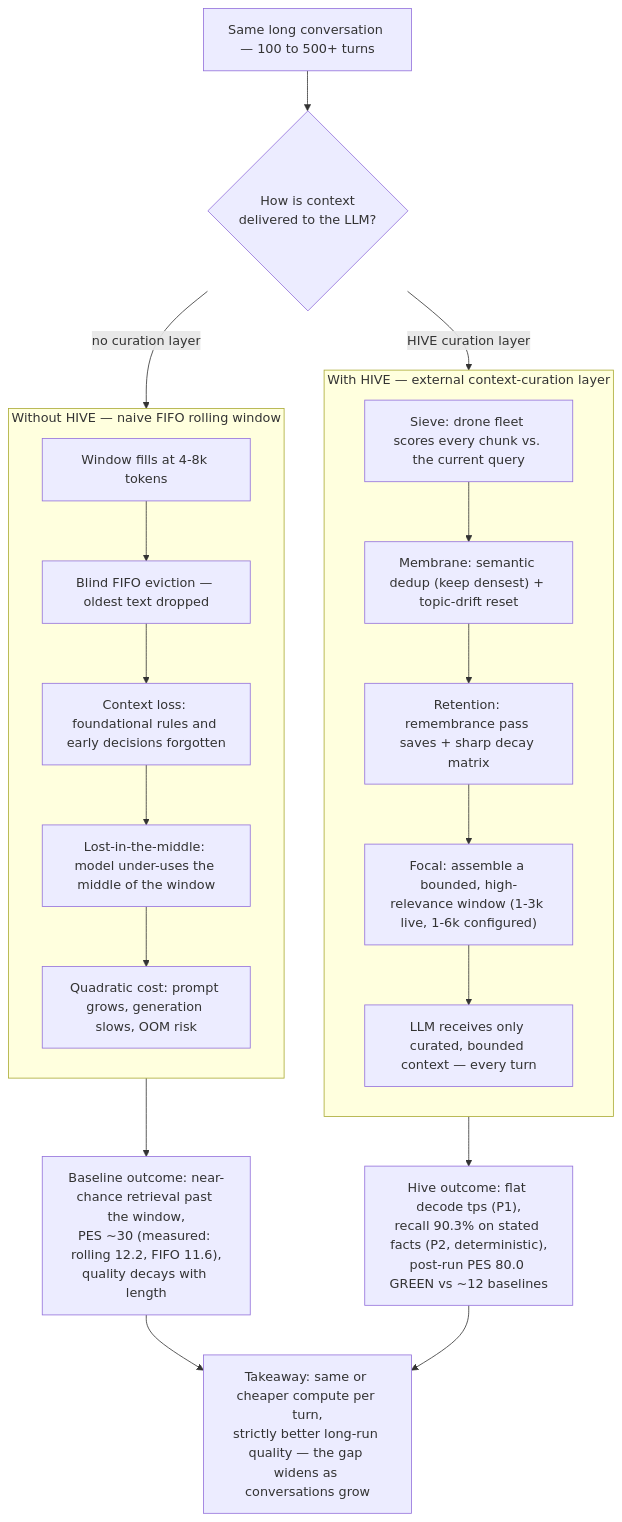
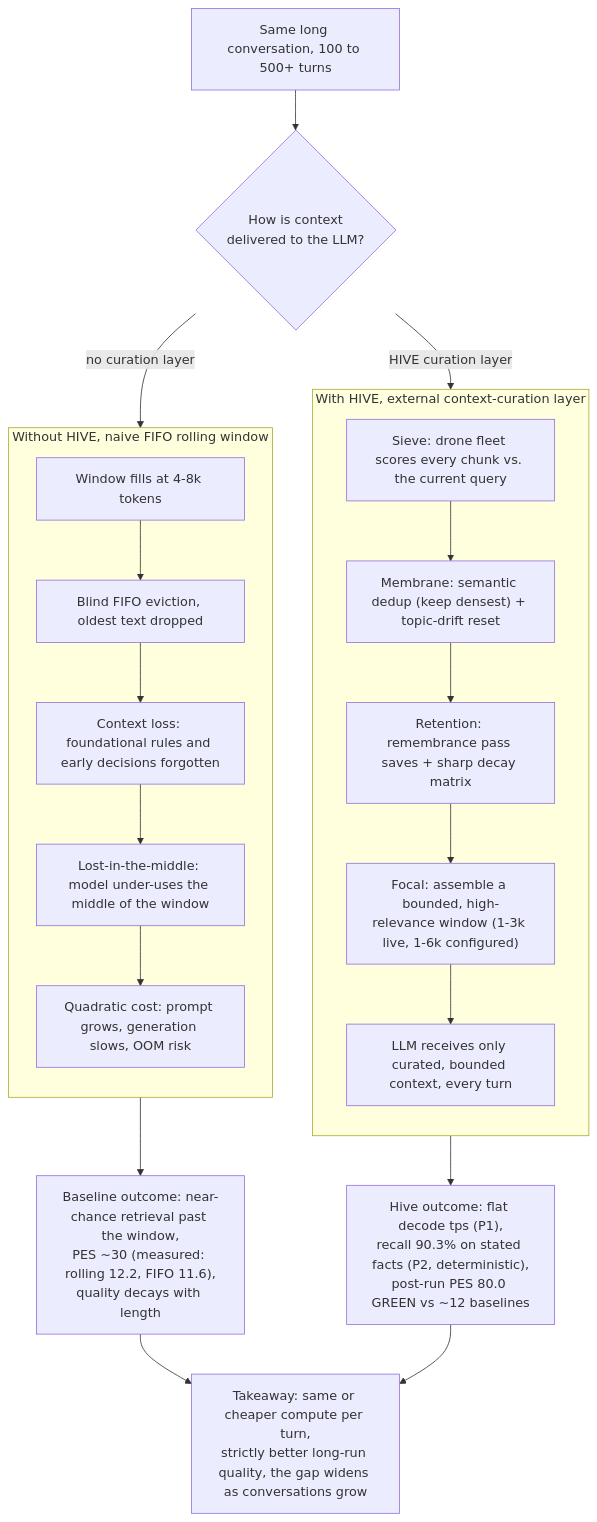
The third of 11 diagrams in HIVE-DIAGRAMS.md (sky-is-green/hive-memory), drawn with Mermaid before and after one commit. The commit also changed other lines of this file and 3 other files, not shown here.

````diff
--- a/HIVE-DIAGRAMS.md
+++ b/HIVE-DIAGRAMS.md
@@ -66,33 +65,33 @@
 ```mermaid
 flowchart TB
-    START["Same long conversation — 100 to 500+ turns"] --> SPLIT{"How is context<br/>delivered to the LLM?"}
+    START["Same long conversation, 100 to 500+ turns"] --> SPLIT{"How is context<br/>delivered to the LLM?"}
 
     SPLIT -->|"no curation layer"| N1
     SPLIT -->|"HIVE curation layer"| H1
 
-    subgraph NA["Without HIVE — naive FIFO rolling window"]
+    subgraph NA["Without HIVE, naive FIFO rolling window"]
         direction TB
         N1["Window fills at 4-8k tokens"]
-        N2["Blind FIFO eviction — oldest text dropped"]
+        N2["Blind FIFO eviction, oldest text dropped"]
         N3["Context loss: foundational rules and early decisions forgotten"]
         N4["Lost-in-the-middle: model under-uses the middle of the window"]
         N5["Quadratic cost: prompt grows, generation slows, OOM risk"]
         N1 --> N2 --> N3 --> N4 --> N5
     end
 
-    subgraph HI["With HIVE — external context-curation layer"]
+    subgraph HI["With HIVE, external context-curation layer"]
         direction TB
         H1["Sieve: drone fleet scores every chunk vs. the current query"]
         H2["Membrane: semantic dedup (keep densest) + topic-drift reset"]
         H3["Retention: remembrance pass saves + sharp decay matrix"]
         H4["Focal: assemble a bounded, high-relevance window (1-3k live, 1-6k configured)"]
-        H5["LLM receives only curated, bounded context — every turn"]
+        H5["LLM receives only curated, bounded context, every turn"]
         H1 --> H2 --> H3 --> H4 --> H5
     end
 
     N5 --> RES1["Baseline outcome: near-chance retrieval past the window,<br/>PES ~30 (measured: rolling 12.2, FIFO 11.6),<br/>quality decays with length"]
     H5 --> RES2["Hive outcome: flat decode tps (P1),<br/>recall 90.3% on stated facts (P2, deterministic),<br/>post-run PES 80.0 GREEN vs ~12 baselines"]
     RES1 --> TAKE
     RES2 --> TAKE
-    TAKE["Takeaway: same or cheaper compute per turn,<br/>strictly better long-run quality — the gap widens as conversations grow"]
+    TAKE["Takeaway: same or cheaper compute per turn,<br/>strictly better long-run quality, the gap widens as conversations grow"]
 ```
````
